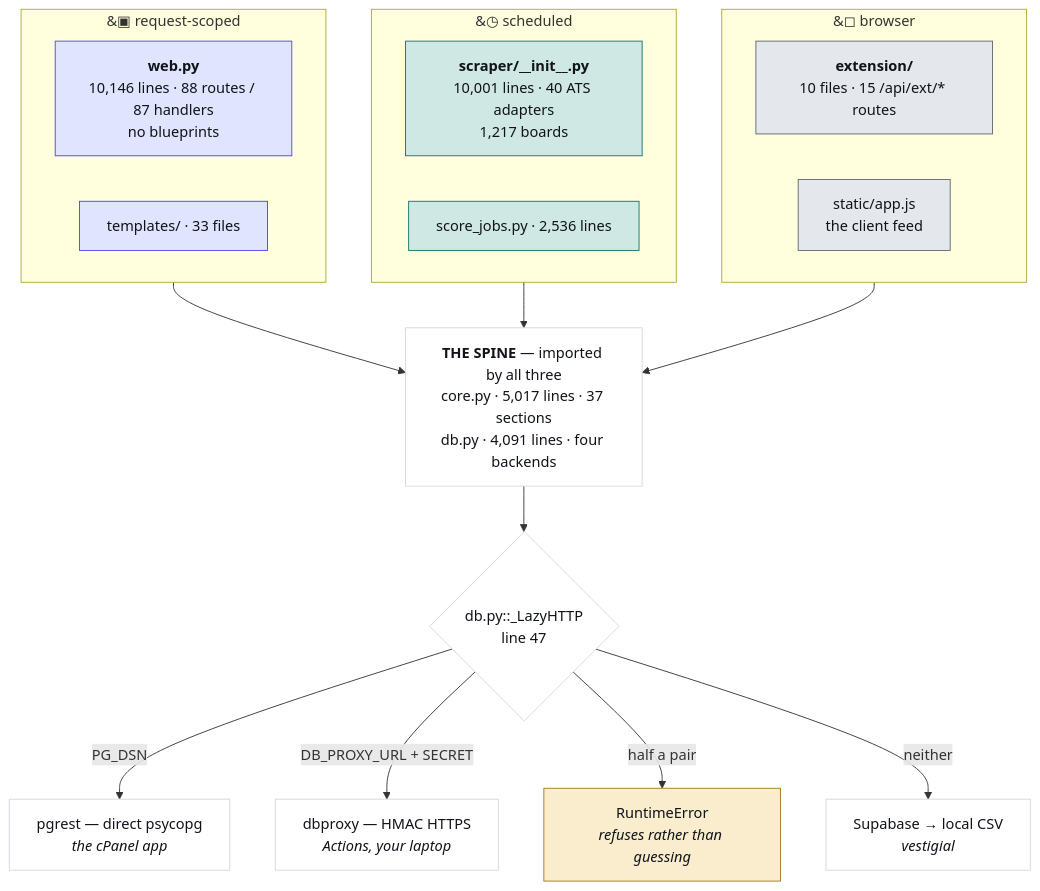
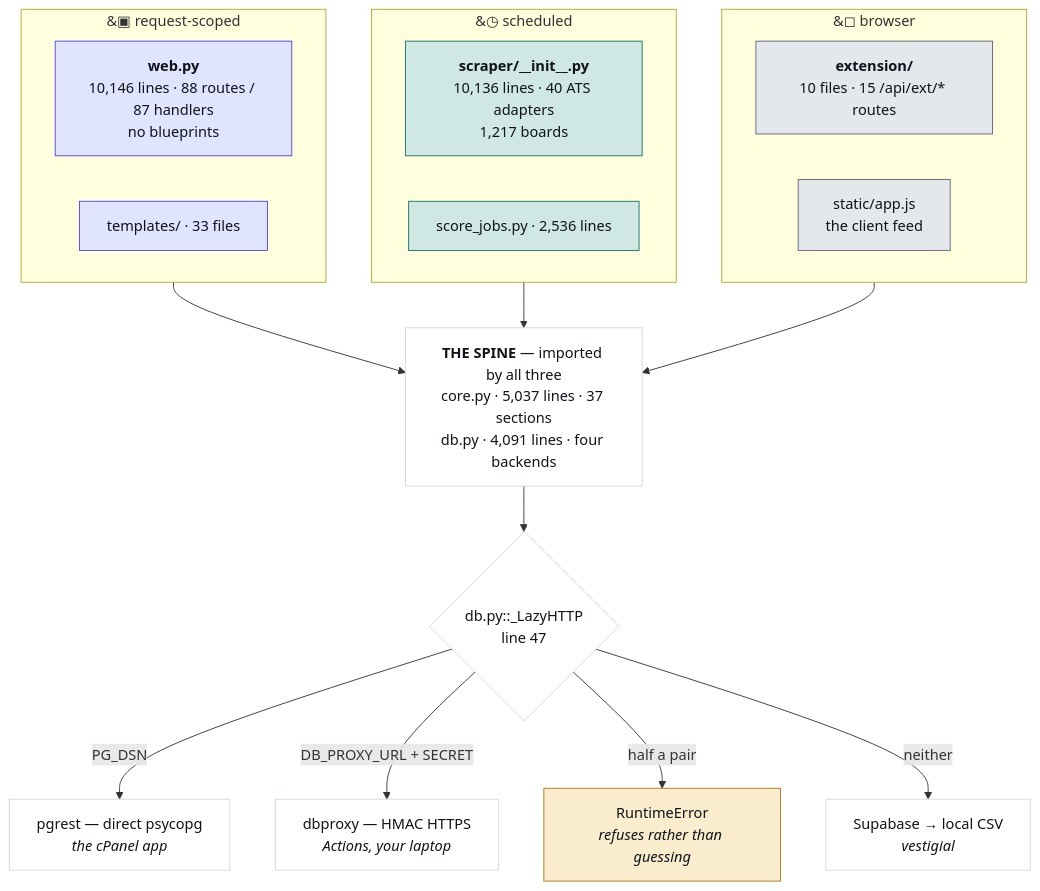
Before and after one commit to hadakunal909-debug/job-search-tool: the first of 4 diagrams in JobMatch Scraper/docs/ARCHITECTURE.md, drawn with Mermaid. The commit also changed other lines of this file and 9 other files, not shown here.

````diff
--- a/JobMatch Scraper/docs/ARCHITECTURE.md
+++ b/JobMatch Scraper/docs/ARCHITECTURE.md
@@ -45,34 +45,34 @@
 ```mermaid
 flowchart TB
   subgraph REQ["&#9635; request-scoped"]
     W["<b>web.py</b><br/>10,146 lines · 88 routes / 87 handlers<br/>no blueprints"]
     T["templates/ · 33 files"]
   end
   subgraph SCH["&#9719; scheduled"]
-    S["<b>scraper/__init__.py</b><br/>10,001 lines · 40 ATS adapters<br/>1,217 boards"]
+    S["<b>scraper/__init__.py</b><br/>10,136 lines · 40 ATS adapters<br/>1,217 boards"]
     J["score_jobs.py · 2,536 lines"]
   end
   subgraph CLI["&#9723; browser"]
     E["<b>extension/</b><br/>10 files · 15 /api/ext/* routes"]
     A["static/app.js<br/>the client feed"]
   end
-  SPINE["<b>THE SPINE</b> — imported by all three<br/>core.py · 5,017 lines · 37 sections<br/>db.py · 4,091 lines · four backends"]
+  SPINE["<b>THE SPINE</b> — imported by all three<br/>core.py · 5,037 lines · 37 sections<br/>db.py · 4,091 lines · four backends"]
   REQ --> SPINE
   SCH --> SPINE
   CLI --> SPINE
   SPINE --> D{"db.py::_LazyHTTP<br/>line 47"}
   D -->|"PG_DSN"| P["pgrest — direct psycopg<br/><i>the cPanel app</i>"]
   D -->|"DB_PROXY_URL + SECRET"| X["dbproxy — HMAC HTTPS<br/><i>Actions, your laptop</i>"]
   D -->|"half a pair"| R["RuntimeError<br/><i>refuses rather than guessing</i>"]
   D -->|"neither"| V["Supabase → local CSV<br/><i>vestigial</i>"]
   classDef web fill:#e0e4fe,stroke:#4f46e5,color:#101319
   classDef sched fill:#cfe8e3,stroke:#0f766e,color:#101319
   classDef client fill:#e4e7ec,stroke:#5f6573,color:#101319
   classDef trap fill:#f9edcd,stroke:#a8781a,color:#101319
   classDef plain fill:#ffffff,stroke:#d3d7df,color:#101319
   class W,T web
   class S,J sched
   class E,A client
   class R trap
   class SPINE,D,P,X,V plain
 ```
````
